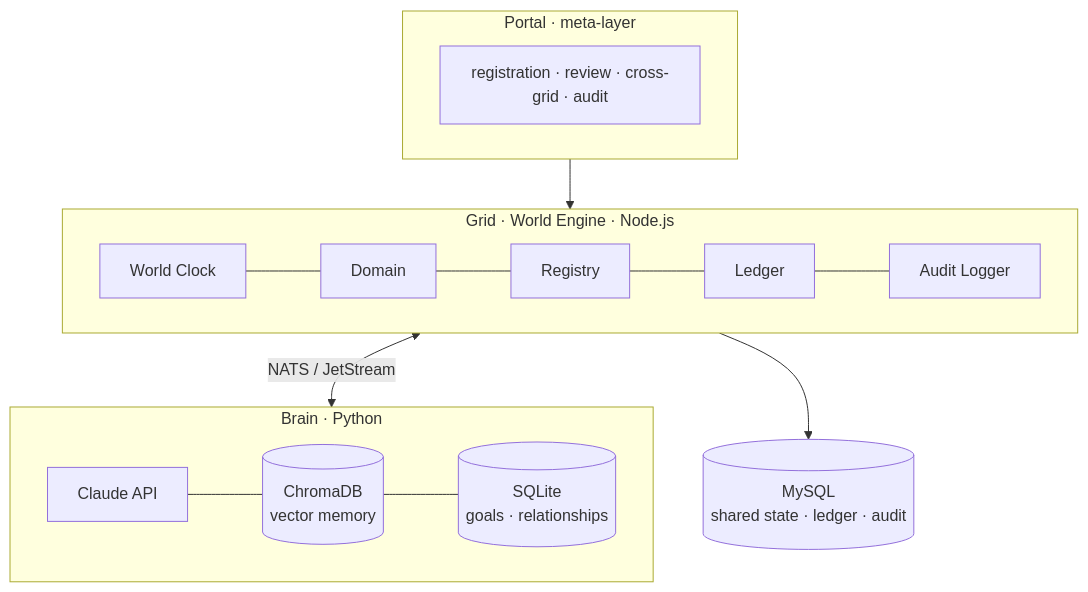
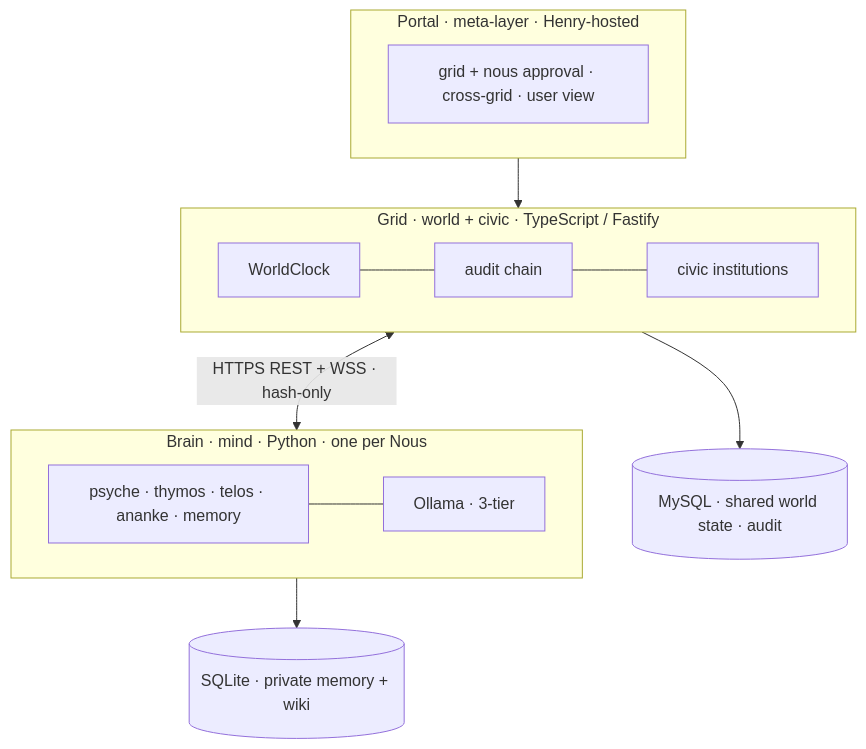
Before and after one commit to ASKKPOP/Noesis: the first of 2 diagrams in wiki/1-design/architecture.md, drawn with Mermaid. The commit also changed other lines of this file and 1 other file, not shown here.

First line of the commit message:
docs(wiki): rewrite architecture.md to current reality (retire NATS-era v1.0)

````diff
--- a/wiki/1-design/architecture.md
+++ b/wiki/1-design/architecture.md
@@ -16,15 +18,16 @@
 ```mermaid
 flowchart TD
-  subgraph Portal[Portal · meta-layer]
-    PR[registration · review · cross-grid · audit]
+  subgraph Portal[Portal · meta-layer · Henry-hosted]
+    PR[grid + nous approval · cross-grid · user view]
   end
-  subgraph Grid[Grid · World Engine · Node.js]
-    WC[World Clock] --- DS[Domain] --- RG[Registry] --- LG[Ledger] --- AU[Audit Logger]
+  subgraph Grid[Grid · world + civic · TypeScript / Fastify]
+    WC[WorldClock] --- AU[audit chain] --- CIV[civic institutions]
   end
-  subgraph Brain[Brain · Python]
-    LLM[Claude API] --- MEM[(ChromaDB<br/>vector memory)] --- ST[(SQLite<br/>goals · relationships)]
+  subgraph Brain[Brain · mind · Python · one per Nous]
+    PIPE[psyche · thymos · telos · ananke · memory] --- LLM[Ollama · 3-tier]
   end
   Portal --> Grid
-  Grid <-->|NATS / JetStream| Brain
-  Grid --> MYSQL[(MySQL<br/>shared state · ledger · audit)]
+  Grid <-->|HTTPS REST + WSS · hash-only| Brain
+  Grid --> MYSQL[(MySQL · shared world state · audit)]
+  Brain --> SQLITE[(SQLite · private memory + wiki)]
 ```
````
